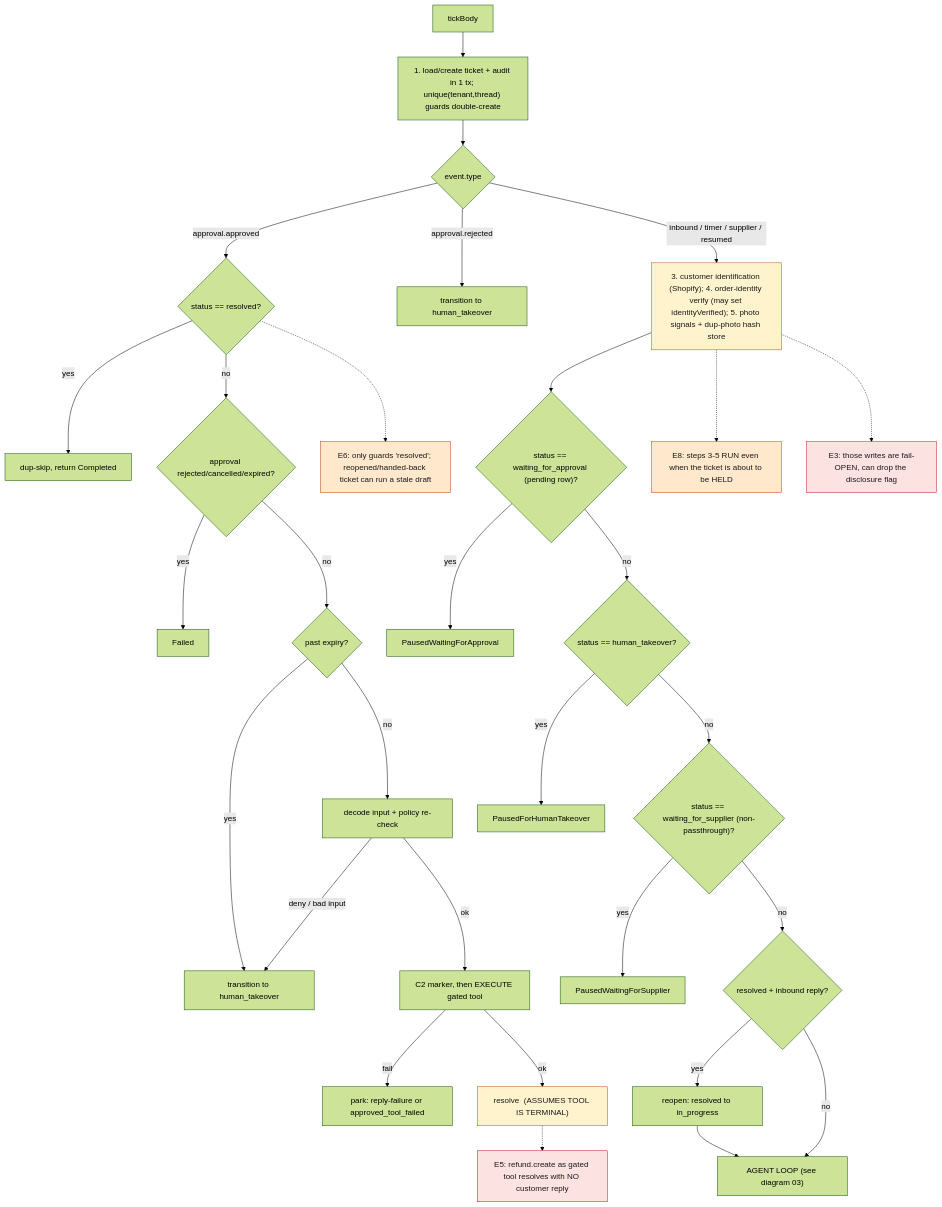
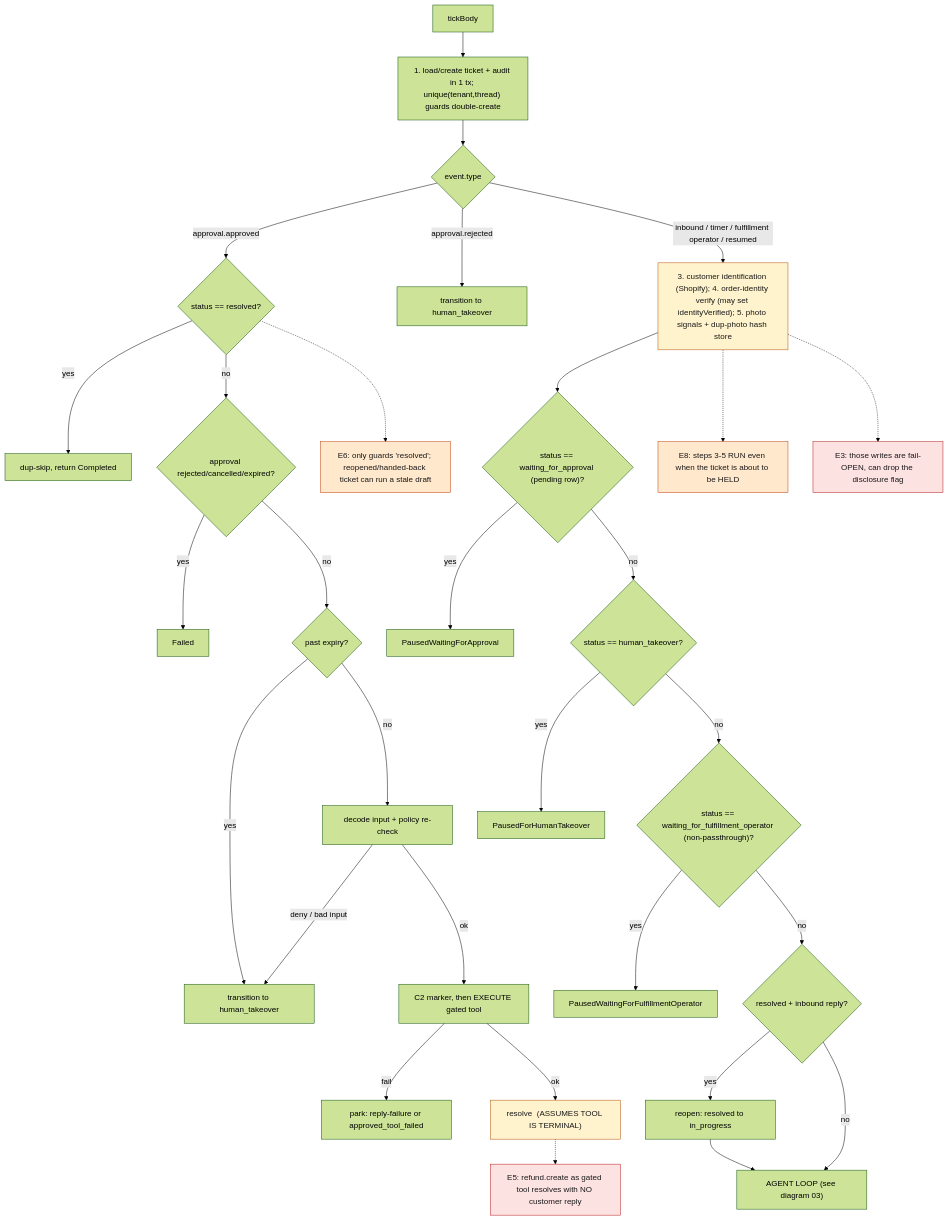
The diagram in docs/diagrams/02-tickbody-preloop.mmd (anasnaciri/support-agent), drawn with Mermaid (forest theme) before and after one commit. The commit also changed 262 other files, not shown here.

First line of the commit message:
feat(domain)!: migrate supplier to fulfillment operator

```diff
--- a/docs/diagrams/02-tickbody-preloop.mmd
+++ b/docs/diagrams/02-tickbody-preloop.mmd
@@ -1,45 +1,45 @@
 %% Agent runtime — tickBody pre-loop (load, approval-resume, park guards)
 flowchart TD
     START["tickBody"] --> LOAD["1. load/create ticket + audit in 1 tx; unique(tenant,thread) guards double-create"]
     LOAD --> KIND{"event.type"}
 
     KIND -->|"approval.approved"| AA1
     KIND -->|"approval.rejected"| AR["transition to human_takeover"]
-    KIND -->|"inbound / timer / supplier / resumed"| IDEN
+    KIND -->|"inbound / timer / fulfillment operator / resumed"| IDEN
 
     AA1{"status == resolved?"}
     AA1 -->|yes| AADUP["dup-skip, return Completed"]
     AA1 -->|no| AA2{"approval rejected/cancelled/expired?"}
     AA2 -->|yes| AAF["Failed"]
     AA2 -->|no| AA3{"past expiry?"}
     AA3 -->|yes| AAH["transition to human_takeover"]
     AA3 -->|no| AA4["decode input + policy re-check"]
     AA4 -->|"deny / bad input"| AAH
     AA4 -->|ok| AA5["C2 marker, then EXECUTE gated tool"]
     AA5 -->|fail| AAPARK["park: reply-failure or approved_tool_failed"]
     AA5 -->|ok| AARES["resolve  (ASSUMES TOOL IS TERMINAL)"]:::warn
 
     IDEN["3. customer identification (Shopify); 4. order-identity verify (may set identityVerified); 5. photo signals + dup-photo hash store"]:::warn
     IDEN --> G1{"status == waiting_for_approval (pending row)?"}
     G1 -->|yes| P1["PausedWaitingForApproval"]
     G1 -->|no| G2{"status == human_takeover?"}
     G2 -->|yes| P2["PausedForHumanTakeover"]
-    G2 -->|no| G3{"status == waiting_for_supplier (non-passthrough)?"}
-    G3 -->|yes| P3["PausedWaitingForSupplier"]
+    G2 -->|no| G3{"status == waiting_for_fulfillment_operator (non-passthrough)?"}
+    G3 -->|yes| P3["PausedWaitingForFulfillmentOperator"]
     G3 -->|no| RO{"resolved + inbound reply?"}
     RO -->|yes| ROPEN["reopen: resolved to in_progress"]
     RO -->|no| LOOP["AGENT LOOP (see diagram 03)"]
     ROPEN --> LOOP
 
     E5["E5: refund.create as gated tool resolves with NO customer reply"]:::hi
     E6["E6: only guards 'resolved'; reopened/handed-back ticket can run a stale draft"]:::med
     E8["E8: steps 3-5 RUN even when the ticket is about to be HELD"]:::med
     E3["E3: those writes are fail-OPEN, can drop the disclosure flag"]:::hi
     AARES -.-> E5
     AA1 -.-> E6
     IDEN -.-> E8
     IDEN -.-> E3
 
     classDef warn fill:#fff3cd,stroke:#b45309,color:#191919;
     classDef hi fill:#fde2e2,stroke:#b91c1c,color:#191919;
     classDef med fill:#ffe8cc,stroke:#c2410c,color:#191919;
```
